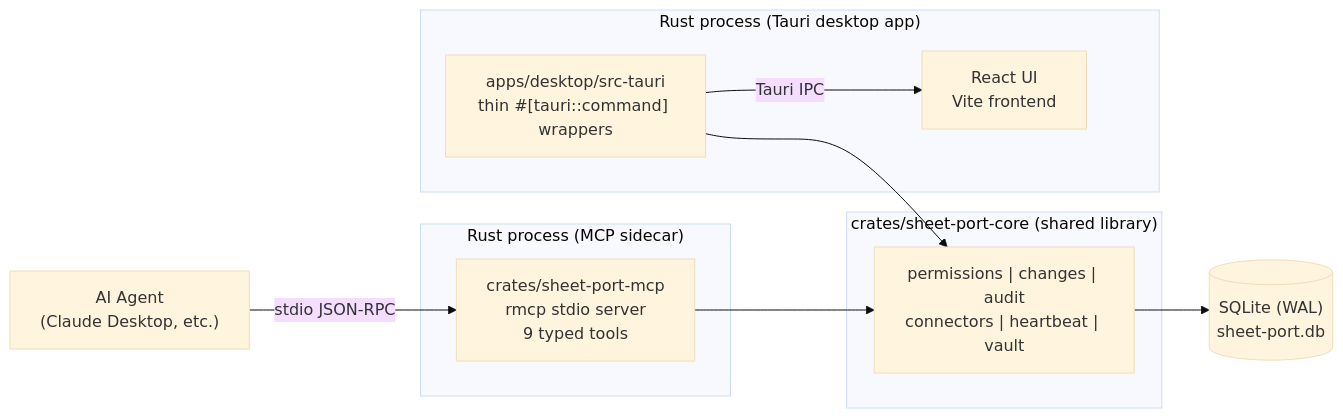
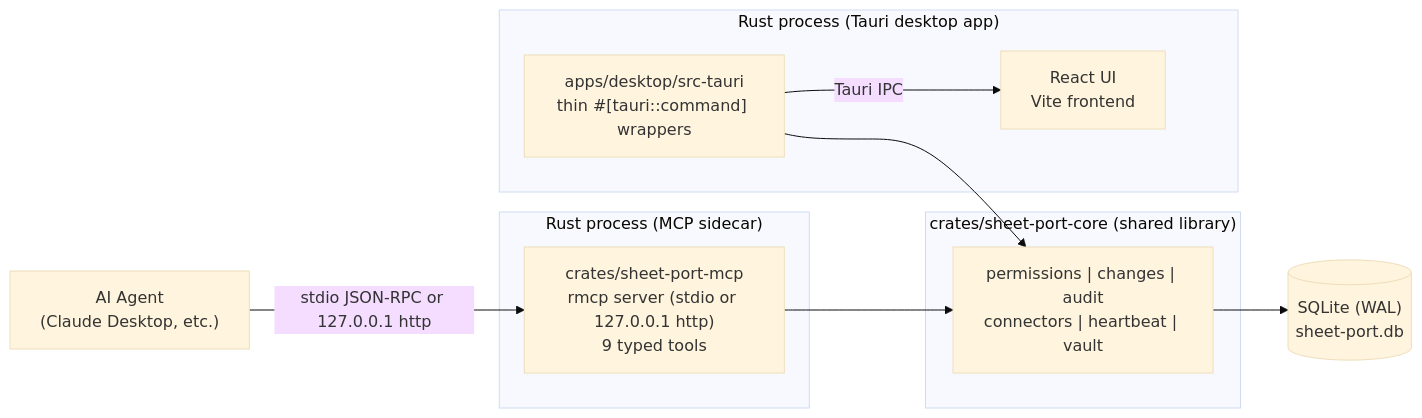
The first of 3 diagrams in docs/architecture.md (h1dr0nn/airtable-sheet-port), drawn with Mermaid (base theme) before and after one commit. The commit also changed other lines of this file and 16 other files, not shown here.

First line of the commit message:
feat(mcp): optional loopback HTTP transport and client auto-config

````diff
--- a/docs/architecture.md
+++ b/docs/architecture.md
@@ -25,24 +27,24 @@
 ```mermaid
 flowchart LR
   Agent["AI Agent<br/>(Claude Desktop, etc.)"]
   DB[("SQLite (WAL)<br/>sheet-port.db")]
 
   subgraph Sidecar["Rust process (MCP sidecar)"]
-    MCP["crates/sheet-port-mcp<br/>rmcp stdio server<br/>9 typed tools"]
+    MCP["crates/sheet-port-mcp<br/>rmcp server (stdio or 127.0.0.1 http)<br/>9 typed tools"]
   end
 
   subgraph Core["crates/sheet-port-core (shared library)"]
     Logic["permissions | changes | audit<br/>connectors | heartbeat | vault"]
   end
 
   subgraph Desktop["Rust process (Tauri desktop app)"]
     Rust["apps/desktop/src-tauri<br/>thin #[tauri::command] wrappers"]
     React["React UI<br/>Vite frontend"]
   end
 
-  Agent -->|stdio JSON-RPC| MCP
+  Agent -->|stdio JSON-RPC or 127.0.0.1 http| MCP
   MCP --> Logic
   Rust --> Logic
   Logic --> DB
   Rust -->|Tauri IPC| React
 ```
````
